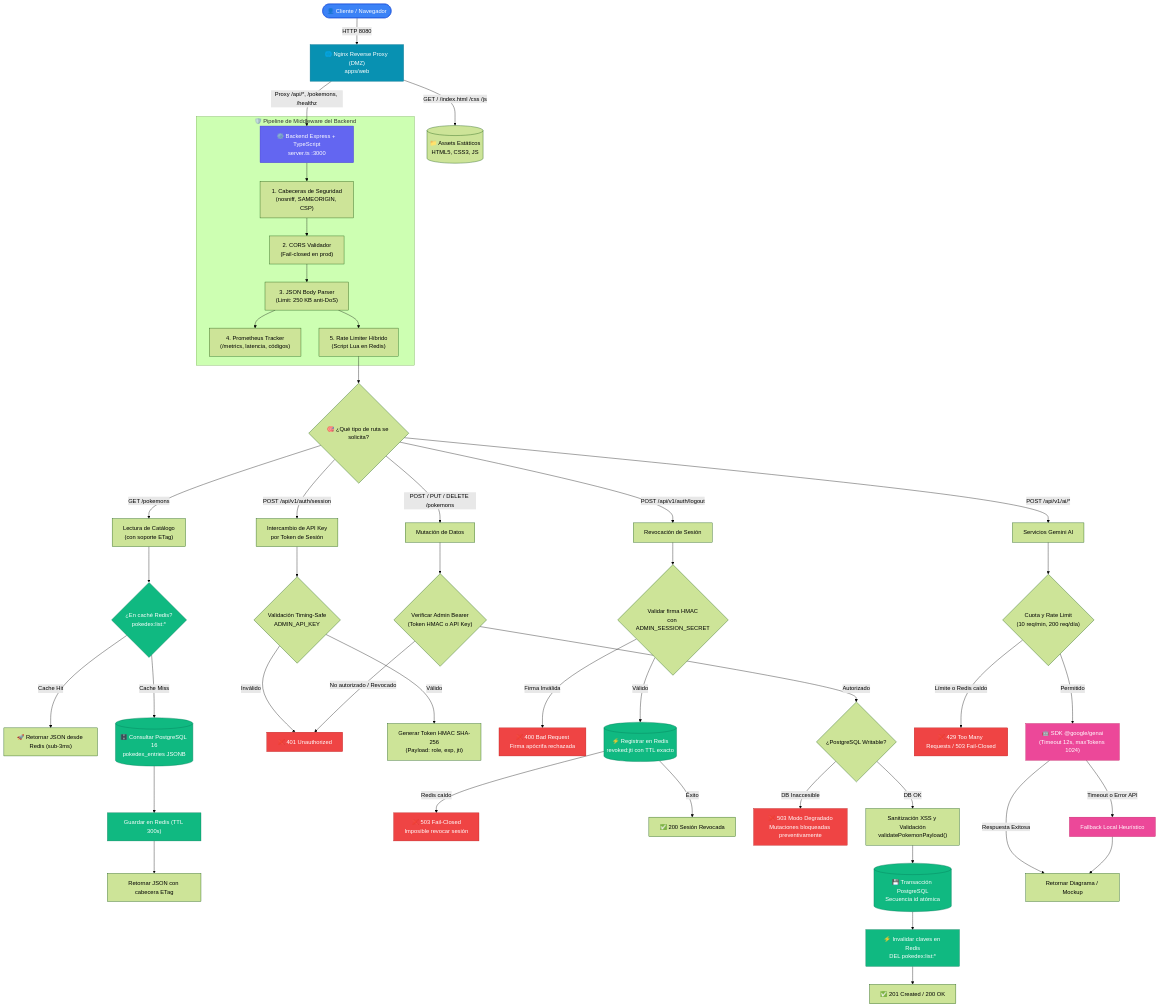
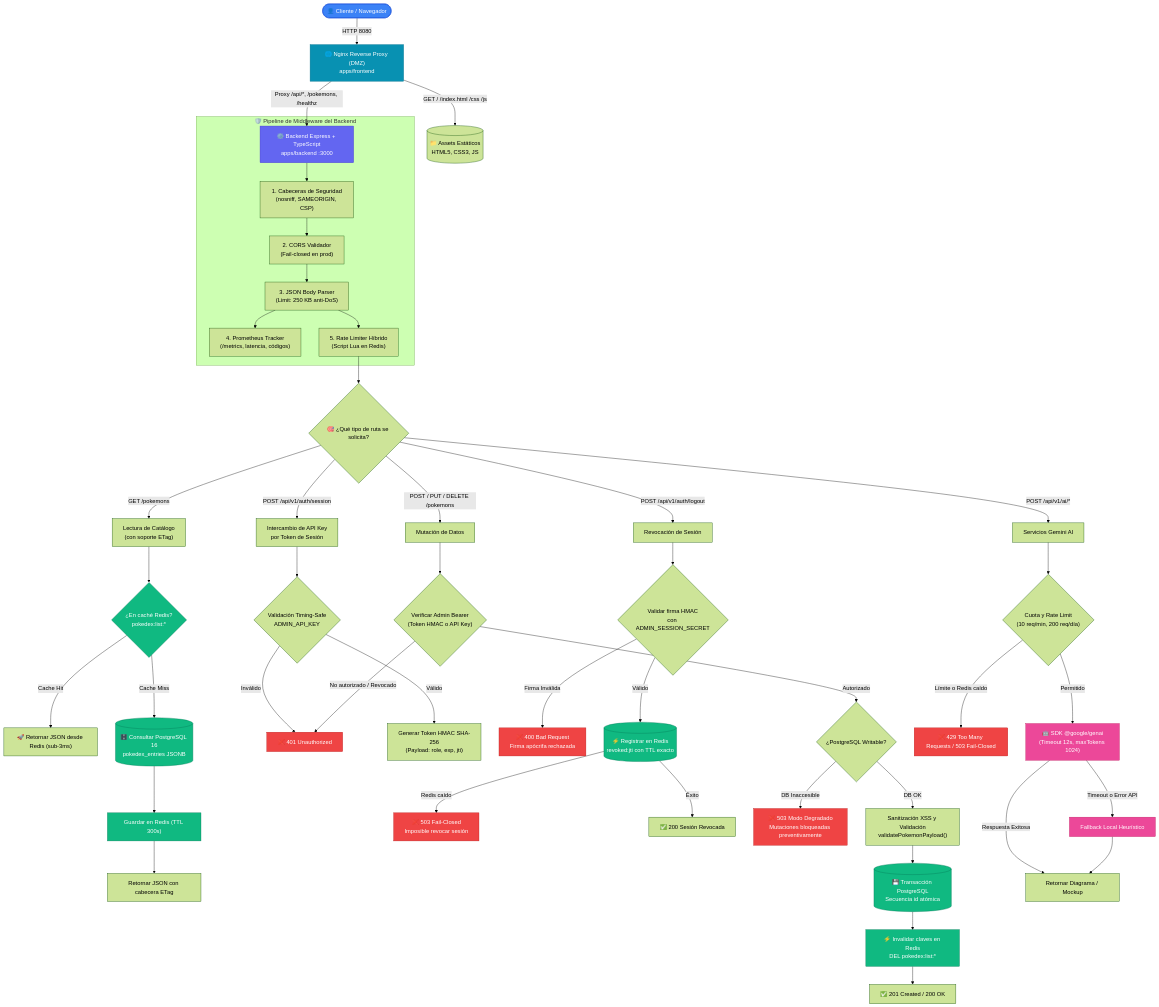
One commit to rocapellino/pokedex changed the first of 3 diagrams in README.md. Above: the diagram before and after it, drawn with Mermaid (forest theme). The commit also changed 62 other files, not shown here.

Commit message:
feat(architecture): migrar a monorepo workspaces, sonarqube, megalinter y quality gates

````diff
--- a/README.md
+++ b/README.md
@@ -79,72 +79,72 @@
 ```mermaid
 flowchart TD
-    CLI(["👤 Cliente / Navegador"]) -->|HTTP 8080| NGINX["🌐 Nginx Reverse Proxy (DMZ)\napps/web"]
+    CLI(["👤 Cliente / Navegador"]) -->|HTTP 8080| NGINX["🌐 Nginx Reverse Proxy (DMZ)\napps/frontend"]
     
     NGINX -->|GET / /index.html /css /js| STATIC[("📁 Assets Estáticos\nHTML5, CSS3, JS")]
-    NGINX -->|Proxy /api/*, /pokemons, /healthz| BACKEND["⚙️ Backend Express + TypeScript\nserver.ts :3000"]
+    NGINX -->|Proxy /api/*, /pokemons, /healthz| BACKEND["⚙️ Backend Express + TypeScript\napps/backend :3000"]
     
     subgraph BACKEND_PIPELINE ["🛡️ Pipeline de Middleware del Backend"]
         BACKEND --> MW_SEC["1. Cabeceras de Seguridad\n(nosniff, SAMEORIGIN, CSP)"]
         MW_SEC --> MW_CORS["2. CORS Validador\n(Fail-closed en prod)"]
         MW_CORS --> MW_BODY["3. JSON Body Parser\n(Limit: 250 KB anti-DoS)"]
         MW_BODY --> MW_METRICS["4. Prometheus Tracker\n(/metrics, latencia, códigos)"]
         MW_BODY --> MW_RATE["5. Rate Limiter Híbrido\n(Script Lua en Redis)"]
     end
     
     MW_RATE --> ROUTE_CHOICE{"🎯 ¿Qué tipo de ruta se solicita?"}
     
     %% Flujo 1: Lectura de Pokémon
     ROUTE_CHOICE -->|GET /pokemons| READ_FLOW["Lectura de Catálogo\n(con soporte ETag)"]
     READ_FLOW --> CHECK_REDIS{"¿En caché Redis?\npokedex:list:*"}
     CHECK_REDIS -->|Cache Hit| RET_CACHE["🚀 Retornar JSON desde Redis (sub-3ms)"]
     CHECK_REDIS -->|Cache Miss| PG_READ[("🗄️ Consultar PostgreSQL 16\npokedex_entries JSONB")]
     PG_READ --> SET_REDIS["Guardar en Redis (TTL 300s)"]
     SET_REDIS --> RET_DB["Retornar JSON con cabecera ETag"]
     
     %% Flujo 2: Autenticación y Sesiones
     ROUTE_CHOICE -->|POST /api/v1/auth/session| AUTH_FLOW["Intercambio de API Key\npor Token de Sesión"]
     AUTH_FLOW --> VAL_KEY{"Validación Timing-Safe\nADMIN_API_KEY"}
     VAL_KEY -->|Inválido| ERR_401["❌ 401 Unauthorized"]
     VAL_KEY -->|Válido| GEN_TOKEN["Generar Token HMAC SHA-256\n(Payload: role, exp, jti)"]
     
     ROUTE_CHOICE -->|POST /api/v1/auth/logout| LOGOUT_FLOW["Revocación de Sesión"]
     LOGOUT_FLOW --> VAL_HMAC{"Validar firma HMAC\ncon ADMIN_SESSION_SECRET"}
     VAL_HMAC -->|Firma Inválida| ERR_400["❌ 400 Bad Request\nFirma apócrifa rechazada"]
     VAL_HMAC -->|Válido| STORE_REVOKED[("⚡ Registrar en Redis\nrevoked:jti con TTL exacto")]
     STORE_REVOKED -->|Redis caído| ERR_503_FAILCLOSED["❌ 503 Fail-Closed\nImposible revocar sesión"]
     STORE_REVOKED -->|Éxito| RET_LOGOUT["✅ 200 Sesión Revocada"]
     
     %% Flujo 3: Mutaciones CRUD
     ROUTE_CHOICE -->|POST / PUT / DELETE /pokemons| MUT_FLOW["Mutación de Datos"]
     MUT_FLOW --> CHK_AUTH{"Verificar Admin Bearer\n(Token HMAC o API Key)"}
     CHK_AUTH -->|No autorizado / Revocado| ERR_401
     CHK_AUTH -->|Autorizado| CHK_STORAGE{"¿PostgreSQL Writable?"}
     CHK_STORAGE -->|DB Inaccesible| ERR_503_WRITABLE["❌ 503 Modo Degradado\nMutaciones bloqueadas preventivamente"]
     CHK_STORAGE -->|DB OK| SANITIZE["Sanitización XSS y Validación\nvalidatePokemonPayload()"]
     SANITIZE --> WRITE_PG[("💾 Transacción PostgreSQL\nSecuencia id atómica")]
     WRITE_PG --> INV_CACHE["⚡ Invalidar claves en Redis\nDEL pokedex:list:*"]
     INV_CACHE --> RET_MUT["✅ 201 Created / 200 OK"]
     
     %% Flujo 4: Servicios IA
     ROUTE_CHOICE -->|POST /api/v1/ai/*| AI_FLOW["Servicios Gemini AI"]
     AI_FLOW --> CHK_AI_RATE{"Cuota y Rate Limit\n(10 req/min, 200 req/día)"}
     CHK_AI_RATE -->|Límite o Redis caído| ERR_429_503["❌ 429 Too Many Requests / 503 Fail-Closed"]
     CHK_AI_RATE -->|Permitido| CALL_GEMINI["🤖 SDK @google/genai\n(Timeout 12s, maxTokens 1024)"]
     CALL_GEMINI -->|Timeout o Error API| LOCAL_FALLBACK["Fallback Local Heurístico"]
     CALL_GEMINI -->|Respuesta Exitosa| RET_AI["Retornar Diagrama / Mockup"]
     LOCAL_FALLBACK --> RET_AI
 
     classDef client fill:#3b82f6,stroke:#1d4ed8,color:#fff;
     classDef proxy fill:#0891b2,stroke:#0e7490,color:#fff;
     classDef backend fill:#6366f1,stroke:#4338ca,color:#fff;
     classDef storage fill:#10b981,stroke:#047857,color:#fff;
     classDef ai fill:#ec4899,stroke:#be185d,color:#fff;
     classDef security fill:#ef4444,stroke:#b91c1c,color:#fff;
 
     class CLI client;
     class NGINX proxy;
     class BACKEND backend;
     class PG_READ,WRITE_PG,CHECK_REDIS,SET_REDIS,STORE_REVOKED,INV_CACHE storage;
     class CALL_GEMINI,LOCAL_FALLBACK ai;
     class ERR_401,ERR_400,ERR_503_FAILCLOSED,ERR_503_WRITABLE,ERR_429_503 security;
 ```
````
